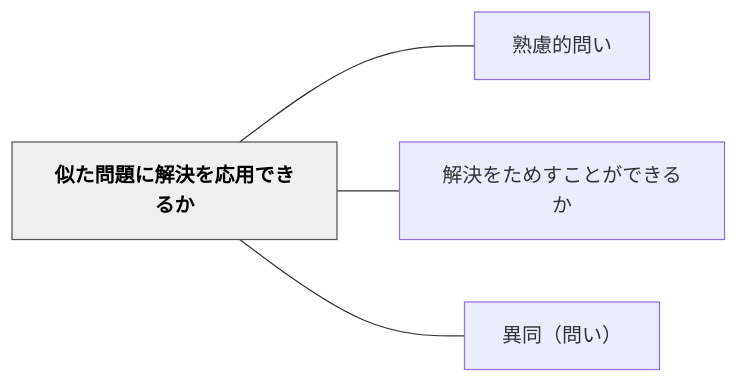
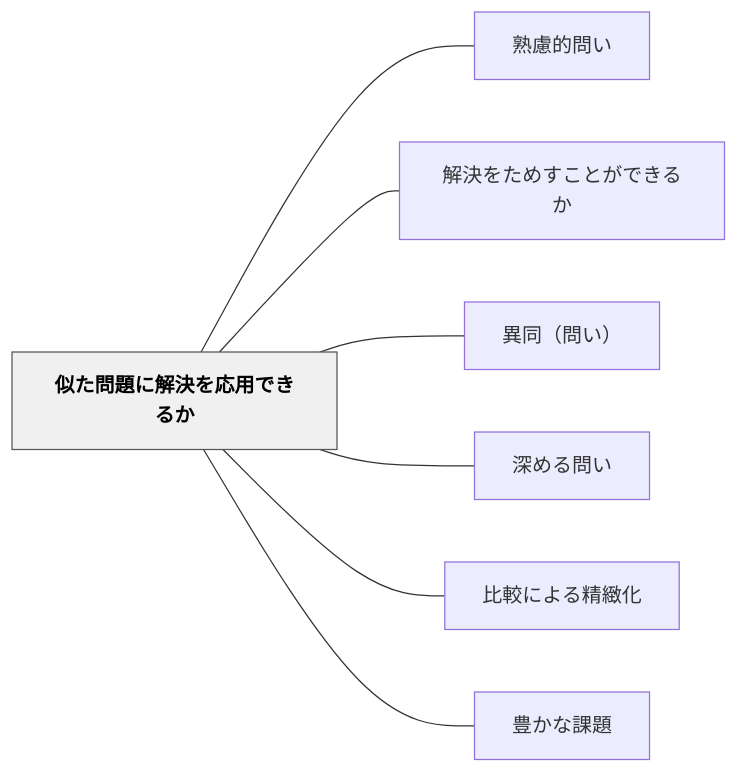
Before and after one commit to unknownthings-ed-patterns/unknownthings-ed-patterns: the diagram in content/パタン/似た問題に解決を応用できるか.md, drawn with Mermaid. The commit also changed other lines of this file and 71 other files, not shown here.

````diff
--- a/content/パタン/似た問題に解決を応用できるか.md
+++ b/content/パタン/似た問題に解決を応用できるか.md
@@ -40,14 +43,20 @@
 ```mermaid
 flowchart LR
     ne4bcbce3819fe5958fe9a18ce381abe8a7a3e6b1bae38292e5bf9ce794a8e381a7e3818de3828be3818b["似た問題に解決を応用できるか"]
     ne7869fe685aee79a84e5958fe38184["熟慮的問い"]
     ne8a7a3e6b1bae38292e3819fe38281e38199e38193e381a8e3818ce381a7e3818de3828be3818b["解決をためすことができるか"]
     ne795b0e5908cefbc88e5958fe38184efbc89["異同（問い）"]
+    ne6b7b1e38281e3828be5958fe38184["深める問い"]
+    ne6af94e8bc83e381abe38288e3828be7b2bee7b7bbe58c96["比較による精緻化"]
+    ne8b18ae3818be381aae8aab2e9a18c["豊かな課題"]
 
     ne4bcbce3819fe5958fe9a18ce381abe8a7a3e6b1bae38292e5bf9ce794a8e381a7e3818de3828be3818b --- ne7869fe685aee79a84e5958fe38184
     ne4bcbce3819fe5958fe9a18ce381abe8a7a3e6b1bae38292e5bf9ce794a8e381a7e3818de3828be3818b --- ne8a7a3e6b1bae38292e3819fe38281e38199e38193e381a8e3818ce381a7e3818de3828be3818b
     ne4bcbce3819fe5958fe9a18ce381abe8a7a3e6b1bae38292e5bf9ce794a8e381a7e3818de3828be3818b --- ne795b0e5908cefbc88e5958fe38184efbc89
+    ne4bcbce3819fe5958fe9a18ce381abe8a7a3e6b1bae38292e5bf9ce794a8e381a7e3818de3828be3818b --- ne6b7b1e38281e3828be5958fe38184
+    ne4bcbce3819fe5958fe9a18ce381abe8a7a3e6b1bae38292e5bf9ce794a8e381a7e3818de3828be3818b --- ne6af94e8bc83e381abe38288e3828be7b2bee7b7bbe58c96
+    ne4bcbce3819fe5958fe9a18ce381abe8a7a3e6b1bae38292e5bf9ce794a8e381a7e3818de3828be3818b --- ne8b18ae3818be381aae8aab2e9a18c
 
     classDef hub fill:#f0f0f0,stroke:#555,color:#000,font-weight:bold
     class ne4bcbce3819fe5958fe9a18ce381abe8a7a3e6b1bae38292e5bf9ce794a8e381a7e3818de3828be3818b hub
 ```
````
